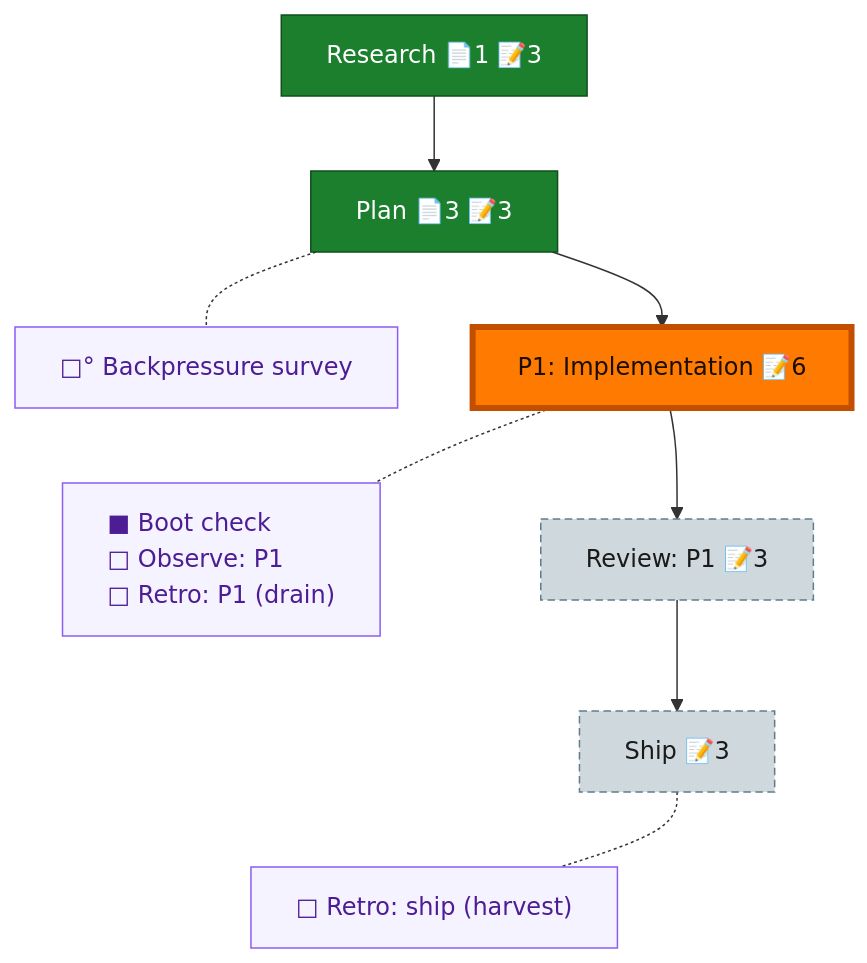
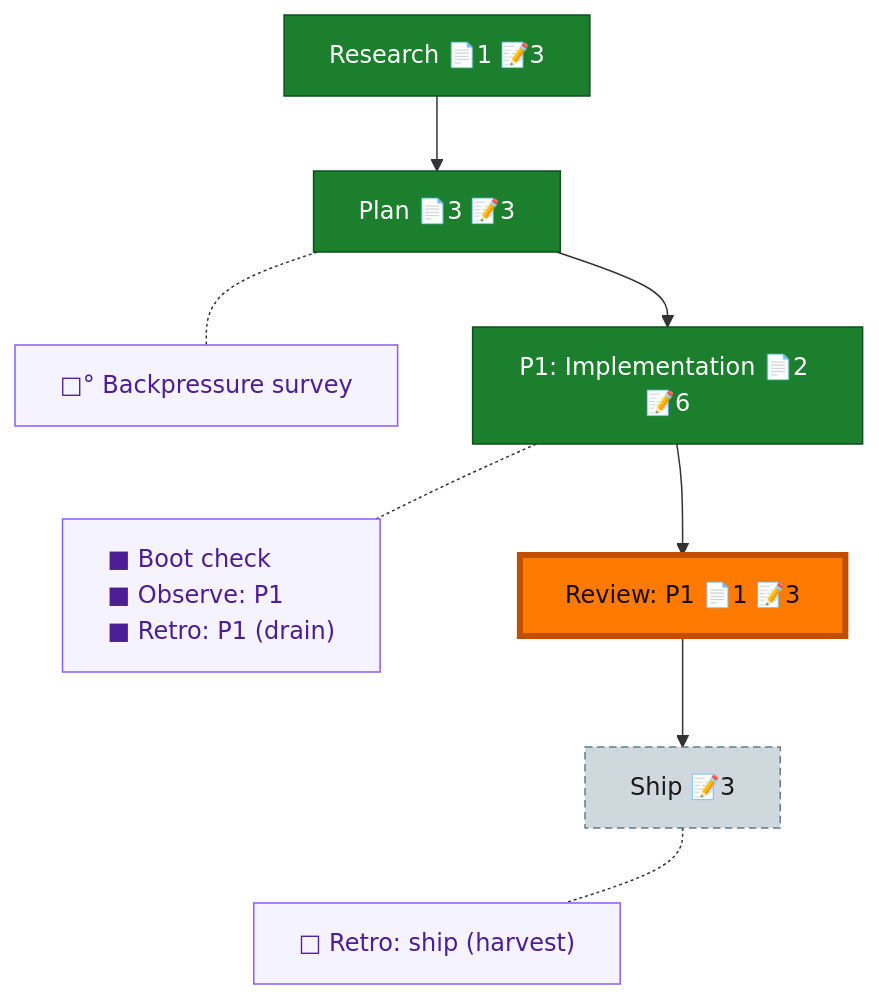
One commit to vaughanknight/pij changed the diagram in docs/plans/040-memorable-pij-session-ids/the-flow.md. Above: the diagram before and after it, drawn with Mermaid. The commit also changed other lines of this file and 2 other files, not shown here.

First line of the commit message:
chore(plan-040): record phase completion

````diff
--- a/docs/plans/040-memorable-pij-session-ids/the-flow.md
+++ b/docs/plans/040-memorable-pij-session-ids/the-flow.md
@@ -8,29 +8,28 @@
 ```mermaid
 flowchart TD
     research["Research 📄1 📝3"]:::done
     plan["Plan 📄3 📝3"]:::done
-    phase_1["P1: Implementation 📝6"]:::wip
-    review_1["Review: P1 📝3"]:::assumed
+    phase_1["P1: Implementation 📄2 📝6"]:::done
+    review_1["Review: P1 📄1 📝3"]:::done
     ship["Ship 📝3"]:::assumed
 
     research --> plan --> phase_1 --> review_1 --> ship
 
     planC["□° Backpressure survey"]:::chore
-    phase_1C["■ Boot check<br/>□ Observe: P1<br/>□ Retro: P1 (drain)"]:::chore
+    phase_1C["■ Boot check<br/>■ Observe: P1<br/>■ Retro: P1 (drain)"]:::chore
     shipC["□ Retro: ship (harvest)"]:::chore
 
     %% invisible chain holds the gutter boxes in their own column
     planC ~~~ phase_1C ~~~ shipC
 
     %% dotted links pull each gutter box beside its node
     plan -.- planC
     phase_1 -.- phase_1C
     ship -.- shipC
 
     classDef done fill:#1B7F2E,stroke:#0F4F1B,color:#fff;
-    classDef wip fill:#43C04A,stroke:#1B7F2E,color:#04210A;
     classDef assumed fill:#CFD8DC,stroke:#607D8B,color:#1a1a1a,stroke-dasharray:5 3;
     classDef chore fill:#f5f3ff,stroke:#8b5cf6,color:#4c1d95,text-align:left;
     classDef current fill:#FF7A00,stroke:#C24E00,color:#1a0e00,stroke-width:4px;
-    class phase_1 current;
+    class review_1 current;
 ```
````
